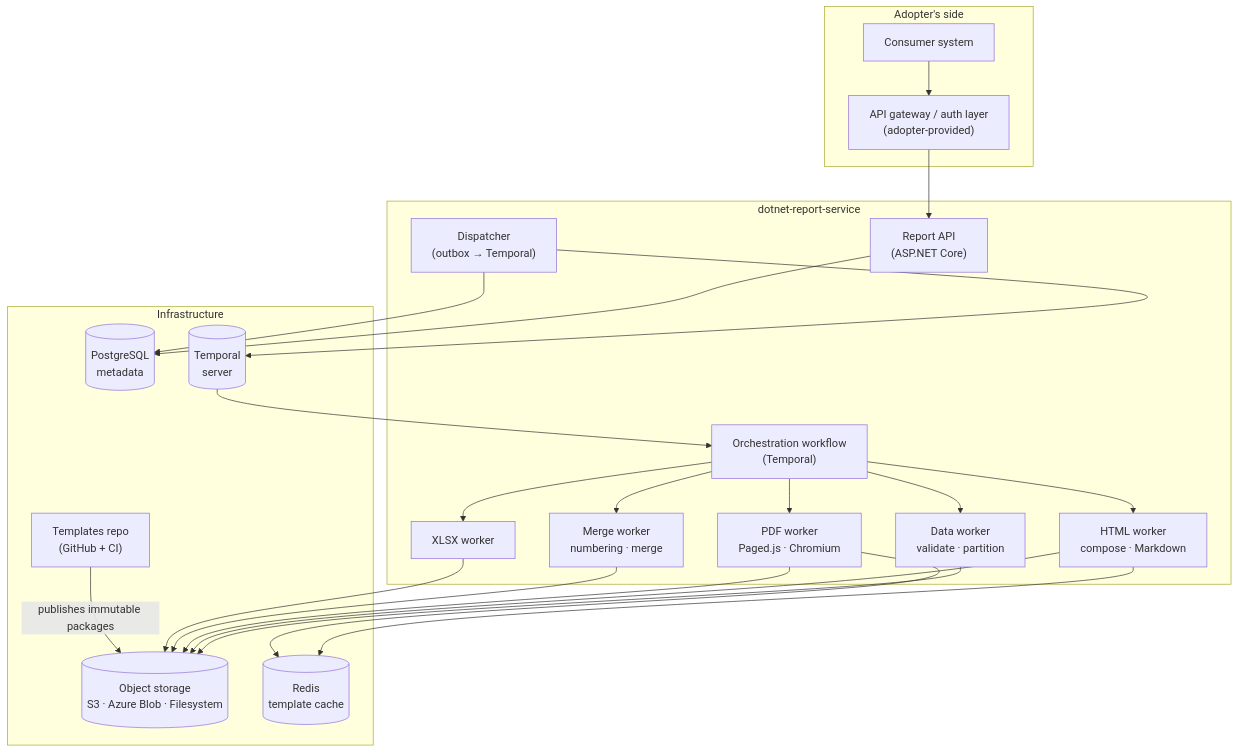
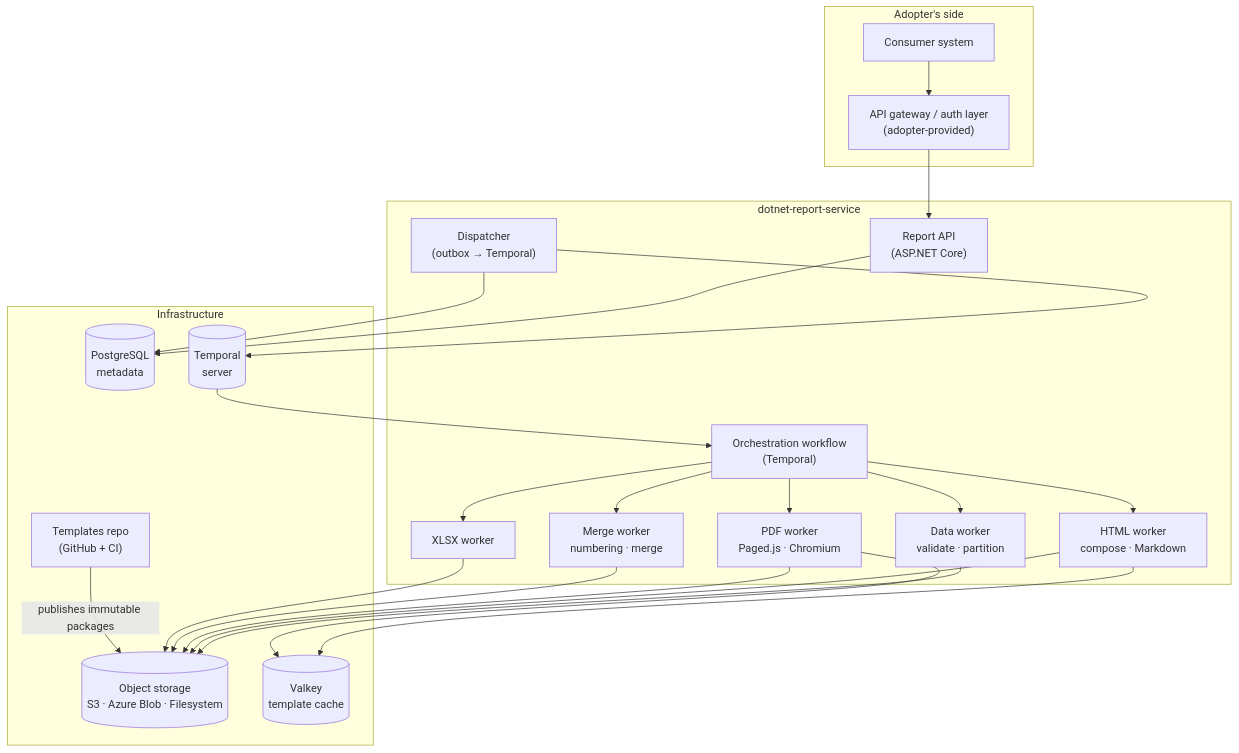
Before and after one commit to EugenioSerrano/dotnet-report-service: the second of 3 diagrams in README.md, drawn with Mermaid. The commit also changed other lines of this file and 4 other files, not shown here.

````diff
--- a/README.md
+++ b/README.md
@@ -117,33 +120,33 @@
 ```mermaid
 flowchart TB
     subgraph Consumer["Adopter's side"]
         CS["Consumer system"]
         GW["API gateway / auth layer\n(adopter-provided)"]
     end
     subgraph Service["dotnet-report-service"]
         API["Report API\n(ASP.NET Core)"]
         DISP["Dispatcher\n(outbox → Temporal)"]
         WF["Orchestration workflow\n(Temporal)"]
         WD["Data worker\nvalidate · partition"]
         WH["HTML worker\ncompose · Markdown"]
         WP["PDF worker\nPaged.js · Chromium"]
         WM["Merge worker\nnumbering · merge"]
         WX["XLSX worker"]
     end
     subgraph Infra["Infrastructure"]
         PG[("PostgreSQL\nmetadata")]
         TS[("Temporal\nserver")]
         OS[("Object storage\nS3 · Azure Blob · Filesystem")]
-        RD[("Redis\ntemplate cache")]
+        RD[("Valkey\ntemplate cache")]
         TR["Templates repo\n(GitHub + CI)"]
     end
     CS --> GW --> API
     API --> PG
     DISP --> PG
     DISP --> TS
     TS --> WF
     WF --> WD & WH & WP & WM & WX
     WD & WH & WP & WM & WX --> OS
     WH & WP --> RD
     TR -->|publishes immutable packages| OS
 ```
````
